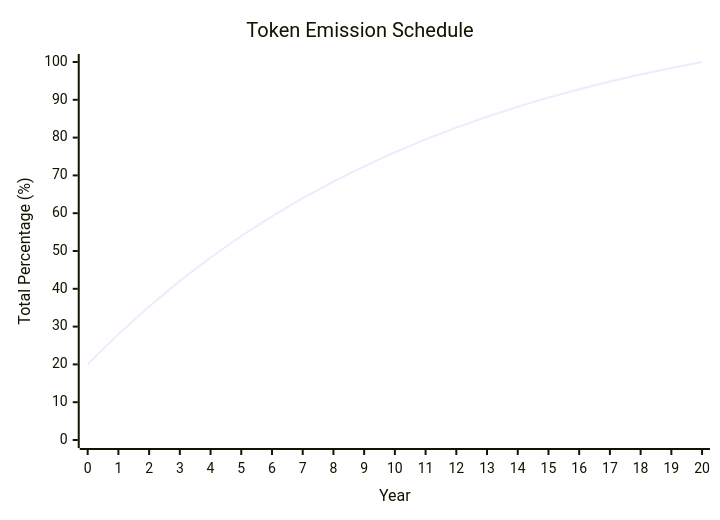
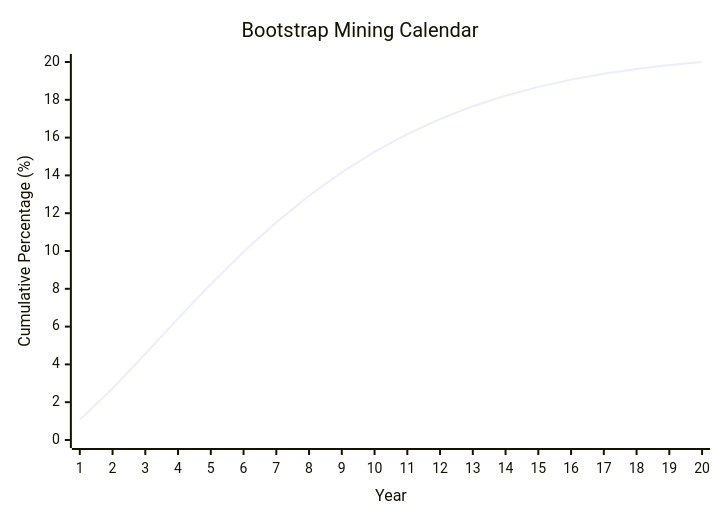
The diagram in crynux-tokenomics.md (crynux-network-dao/crynux-dao-documents), drawn with Mermaid before and after one commit. The commit also changed other lines of this file and 1 other file, not shown here.

````diff
--- a/crynux-tokenomics.md
+++ b/crynux-tokenomics.md
@@ -29,7 +51,7 @@
 ```mermaid
 xychart
-  title "Token Emission Schedule"
-  x-axis "Year" [0, 1, 2, 3, 4, 5, 6, 7, 8, 9, 10, 11, 12, 13, 14, 15, 16, 17, 18, 19, 20]
-  y-axis "Total Percentage (%)" 0 --> 100
-  line [20.0000, 28.0000, 35.3449, 42.0882, 48.2794, 53.9636, 59.1822, 63.9735, 68.3725, 72.4112, 76.1191, 79.5234, 82.6490, 85.5185, 88.1531, 90.5719, 92.7927, 94.8316, 96.7035, 98.4221, 100.0000]
+  title "Bootstrap Mining Calendar"
+  x-axis "Year" [1, 2, 3, 4, 5, 6, 7, 8, 9, 10, 11, 12, 13, 14, 15, 16, 17, 18, 19, 20]
+  y-axis "Cumulative Percentage (%)" 0 --> 20
+  line [1.0780, 2.7242, 4.5601, 6.4316, 8.2482, 9.9545, 11.5186, 12.9248, 14.1686, 15.2535, 16.1882, 16.9848, 17.6569, 18.2187, 18.6844, 19.0673, 19.3798, 19.6331, 19.8370, 20.0000]
 ```
````
